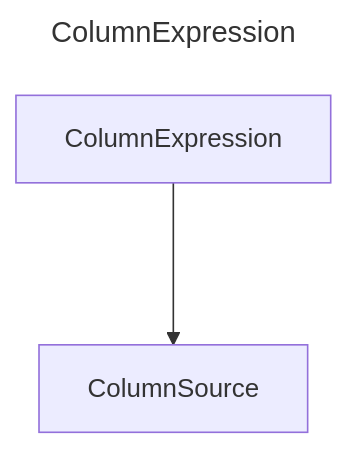
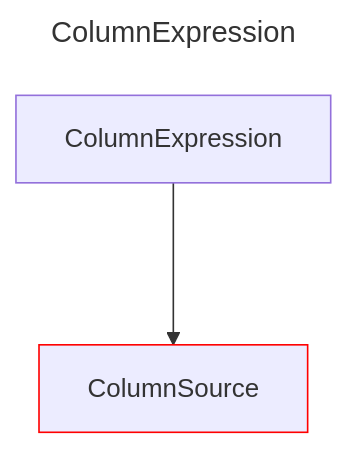
Before and after one commit to douglassimonsen/pbi_core: the diagram in docs/docs/layout/erd/ColumnExpression.md, drawn with Mermaid. The commit also changed 77 other files, not shown here.

Commit message:
Updated to color code the layout ERD

````diff
--- a/docs/docs/layout/erd/ColumnExpression.md
+++ b/docs/docs/layout/erd/ColumnExpression.md
@@ -1,9 +1,10 @@
 ```mermaid
 ---
 title: ColumnExpression
 ---
 graph 
-2721642014032["ColumnSource"]
-2721641876416["ColumnExpression"]
-2721641876416 ---> 2721642014032
+2430071925120["ColumnExpression"]
+2430071365824["ColumnSource"]
+style 2430071365824 stroke:#ff0000,stroke-width:1px
+2430071925120 ---> 2430071365824
 ```
````
